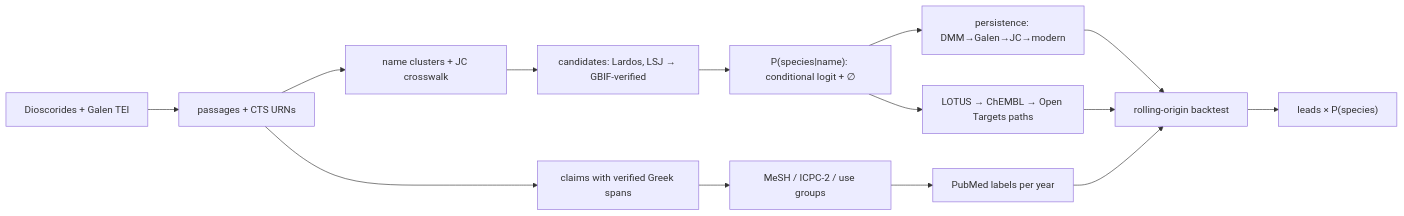
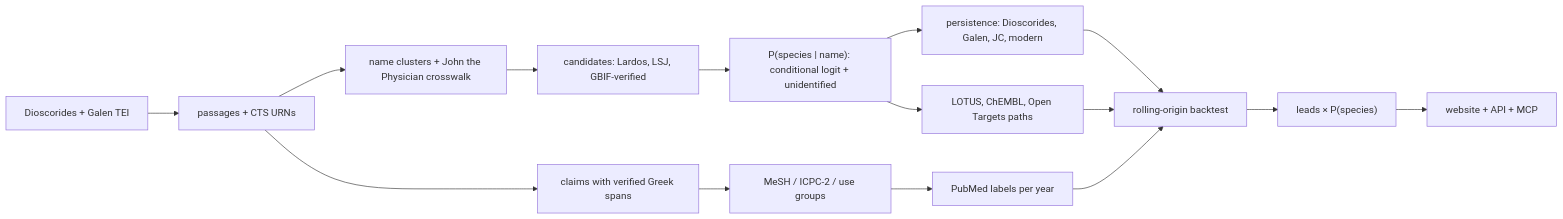
Before and after one commit to LSUDOKO/Pharmakon: the diagram in README.md, drawn with Mermaid. The commit also changed other lines of this file and 24 other files, not shown here.

First line of the commit message:
MCP server and JSON API on the Cloudflare Worker; generated README with brand logo, charts, screenshots and inline result tables

````diff
--- a/README.md
+++ b/README.md
@@ -51,16 +336,17 @@
 ```mermaid
 flowchart LR
   T[Dioscorides + Galen TEI] --> S[passages + CTS URNs]
   S --> X[claims with verified Greek spans]
   X --> M[MeSH / ICPC-2 / use groups]
-  S --> N[name clusters + JC crosswalk]
-  N --> C[candidates: Lardos, LSJ → GBIF-verified]
-  C --> I["P(species|name): conditional logit + ∅"]
-  I --> L[LOTUS → ChEMBL → Open Targets paths]
-  I --> P[persistence: DMM→Galen→JC→modern]
+  S --> N[name clusters + John the Physician crosswalk]
+  N --> C[candidates: Lardos, LSJ, GBIF-verified]
+  C --> I["P(species | name): conditional logit + unidentified"]
+  I --> L[LOTUS, ChEMBL, Open Targets paths]
+  I --> P[persistence: Dioscorides, Galen, JC, modern]
   M --> E[PubMed labels per year]
   P --> F[rolling-origin backtest]
   L --> F
   E --> F
   F --> R["leads × P(species)"]
+  R --> W[website + API + MCP]
 ```
````
